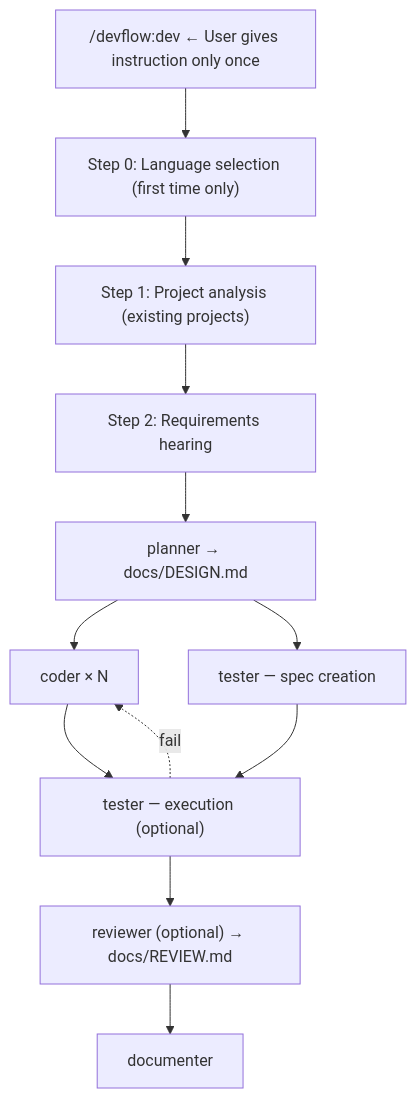
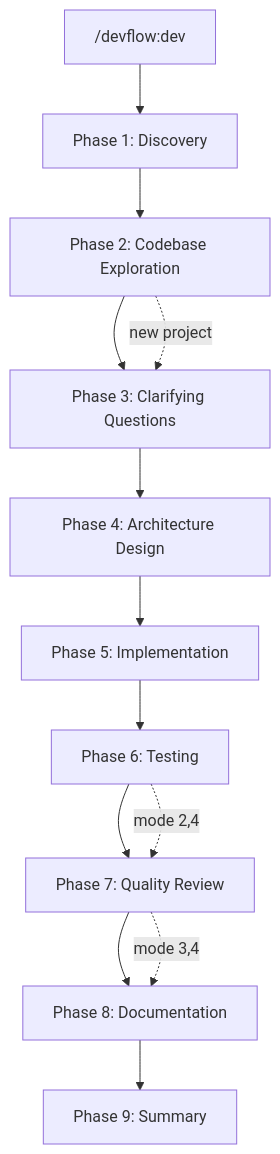
One commit to shumatsumonobu/dotagents changed the diagram in devflow/README.md. Above: the diagram before and after it, drawn with Mermaid. The commit also changed other lines of this file and 22 other files, not shown here.

````diff
--- a/devflow/README.md
+++ b/devflow/README.md
@@ -88,12 +97,16 @@
 ```mermaid
 flowchart TD
-    A["/devflow:dev ← User gives instruction only once"] --> B["Step 0: Language selection (first time only)"]
-    B --> C["Step 1: Project analysis (existing projects)"]
-    C --> D["Step 2: Requirements hearing"]
-    D --> E["planner → docs/DESIGN.md"]
-    E --> F["coder × N"] & G["tester — spec creation"]
-    F & G --> H["tester — execution (optional)"]
-    H -. fail .-> F
-    H --> I["reviewer (optional) → docs/REVIEW.md"]
-    I --> J[documenter]
+    A["/devflow:dev"] --> B["Phase 1: Discovery"]
+    B --> C["Phase 2: Codebase Exploration"]
+    C --> D["Phase 3: Clarifying Questions"]
+    D --> E["Phase 4: Architecture Design"]
+    E --> F["Phase 5: Implementation"]
+    F --> G["Phase 6: Testing"]
+    G --> H["Phase 7: Quality Review"]
+    H --> I["Phase 8: Documentation"]
+    I --> J["Phase 9: Summary"]
+
+    C -. "new project" .-> D
+    G -. "mode 2,4" .-> H
+    H -. "mode 3,4" .-> I
 ```
````
